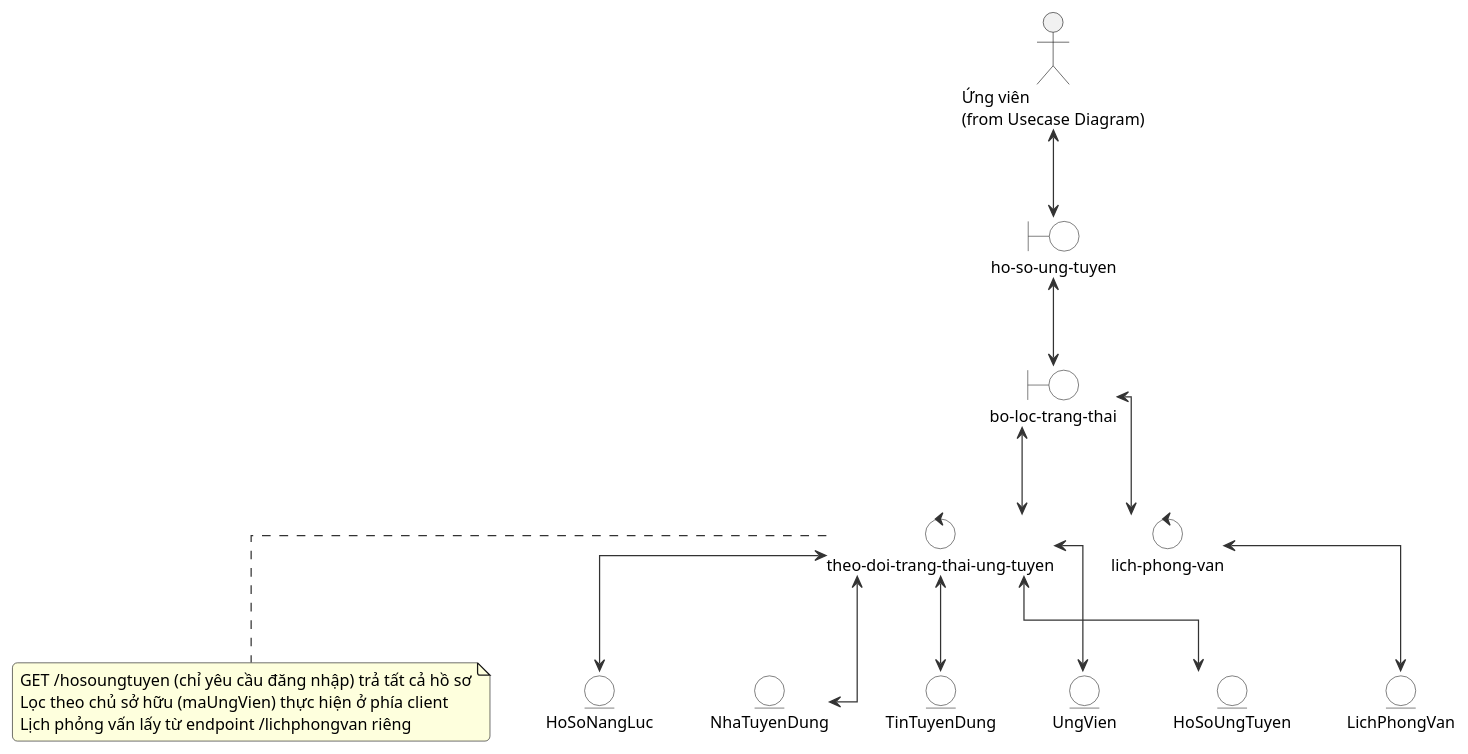
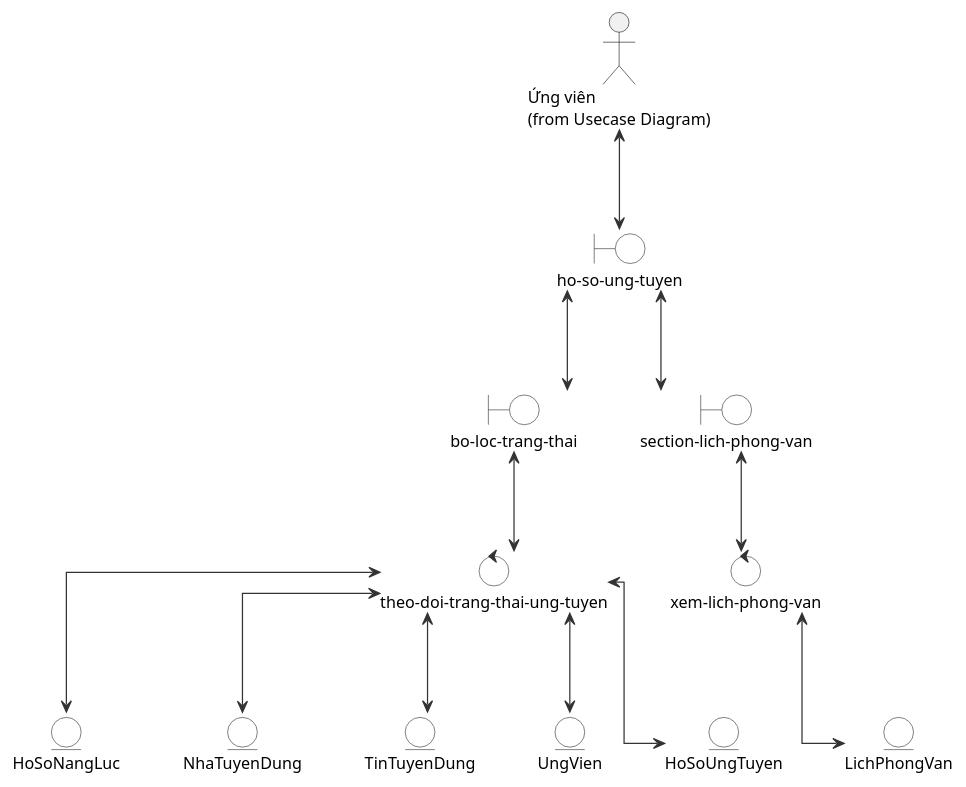
Before and after one commit to hole-six/DoAn: the diagram in docs/so-do/04-robustness/11-robustness-theo-doi-trang-thai-ung-tuyen.puml, drawn with PlantUML. The commit also changed 24 other files, not shown here.

```diff
--- a/docs/so-do/04-robustness/11-robustness-theo-doi-trang-thai-ung-tuyen.puml
+++ b/docs/so-do/04-robustness/11-robustness-theo-doi-trang-thai-ung-tuyen.puml
@@ -1,67 +1,74 @@
 @startuml
 skinparam defaultFontName "Segoe UI"
 skinparam defaultFontSize 13
 skinparam shadowing false
 skinparam linetype ortho
-skinparam nodesep 45
-skinparam ranksep 70
+skinparam nodesep 50
+skinparam ranksep 80
 top to bottom direction
 skinparam actorStyle stick
 skinparam roundcorner 8
 skinparam ArrowColor #333333
 skinparam rectangleBorderColor #333333
 skinparam boundary {
   BackgroundColor White
   BorderColor #333333
 }
 skinparam control {
   BackgroundColor White
   BorderColor #333333
 }
 skinparam entity {
   BackgroundColor White
   BorderColor #333333
 }
 
 actor "Ứng viên\n(from Usecase Diagram)" as Actor
 
-' ── Lớp boundary (màn hình) ──
+' ── Lớp boundary ──
+' bo-loc-trang-thai nằm trong trang ho-so-ung-tuyen, không phải entry point riêng
 together {
   boundary "ho-so-ung-tuyen" as UI
-  boundary "bo-loc-trang-thai" as Form
+  boundary "bo-loc-trang-thai" as FilterForm
+  boundary "section-lich-phong-van" as LichSection
 }
 
-' ── Lớp control (xử lý) ──
+' ── Lớp control ──
 together {
   control "theo-doi-trang-thai-ung-tuyen" as Controller
-  control "lich-phong-van" as LichCtrl
+  control "xem-lich-phong-van" as LichCtrl
 }
 
-' ── Lớp entity (dữ liệu) ──
+' ── Lớp entity ──
 together {
   entity "HoSoUngTuyen" as HoSoUngTuyen
   entity "UngVien" as UngVien
   entity "TinTuyenDung" as TinTuyenDung
   entity "NhaTuyenDung" as NhaTuyenDung
   entity "HoSoNangLuc" as HoSoNangLuc
   entity "LichPhongVan" as LichPhongVan
 }
 
-' ── Quan hệ actor ↔ boundary ──
+' Actor vào trang chính
 Actor <--> UI
 
-' ── boundary ↔ boundary / control ──
-UI <--> Form
-Form <--> Controller
-Form <--> LichCtrl
+' Các thành phần con nằm trong trang
+UI <--> FilterForm
+UI <--> LichSection
 
-' ── control ↔ entity ──
+' Bộ lọc gọi controller chính để lọc danh sách
+FilterForm <--> Controller
+
+' Section lịch phỏng vấn có controller riêng
+LichSection <--> LichCtrl
+
+' Controller chính đọc dữ liệu hồ sơ ứng tuyển
 Controller <--> HoSoUngTuyen
 Controller <--> UngVien
 Controller <--> TinTuyenDung
 Controller <--> NhaTuyenDung
 Controller <--> HoSoNangLuc
+
+' Controller lịch phỏng vấn
 LichCtrl <--> LichPhongVan
-
-note bottom of Controller : GET /hosoungtuyen (chỉ yêu cầu đăng nhập) trả tất cả hồ sơ\nLọc theo chủ sở hữu (maUngVien) thực hiện ở phía client\nLịch phỏng vấn lấy từ endpoint /lichphongvan riêng
 @enduml
```
